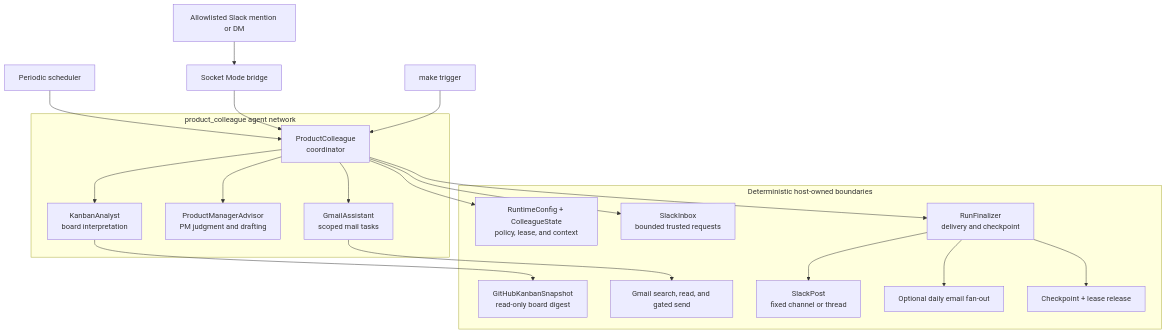
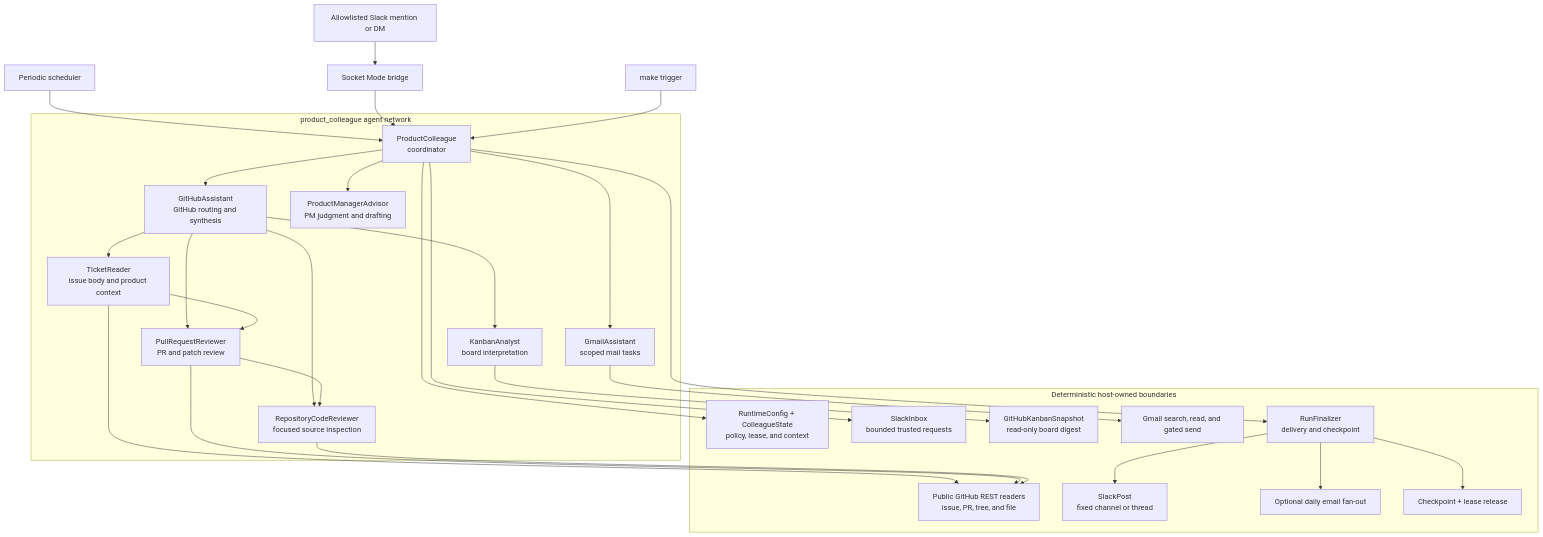
The diagram in README.md (babakatwork/neuro-san-pm), drawn with Mermaid before and after one commit. The commit also changed other lines of this file and 14 other files, not shown here.

Commit message:
Add scoped GitHub research agents

````diff
--- a/README.md
+++ b/README.md
@@ -40,37 +42,51 @@
 ```mermaid
 flowchart TB
     Cron["Periodic scheduler"] --> Colleague
     Slack["Allowlisted Slack mention or DM"] --> Bridge["Socket Mode bridge"] --> Colleague
     Manual["make trigger"] --> Colleague
 
     subgraph Network["product_colleague agent network"]
         Colleague["ProductColleague<br/>coordinator"]
+        GitHub["GitHubAssistant<br/>GitHub routing and synthesis"]
         Analyst["KanbanAnalyst<br/>board interpretation"]
+        Ticket["TicketReader<br/>issue body and product context"]
+        PR["PullRequestReviewer<br/>PR and patch review"]
+        Code["RepositoryCodeReviewer<br/>focused source inspection"]
         Advisor["ProductManagerAdvisor<br/>PM judgment and drafting"]
         GmailAgent["GmailAssistant<br/>scoped mail tasks"]
 
-        Colleague --> Analyst
+        Colleague --> GitHub
+        GitHub --> Analyst
+        GitHub --> Ticket
+        GitHub --> PR
+        GitHub --> Code
+        Ticket --> PR
+        PR --> Code
         Colleague --> Advisor
         Colleague --> GmailAgent
     end
 
     subgraph Boundaries["Deterministic host-owned boundaries"]
         Runtime["RuntimeConfig + ColleagueState<br/>policy, lease, and context"]
         Inbox["SlackInbox<br/>bounded trusted requests"]
         Snapshot["GitHubKanbanSnapshot<br/>read-only board digest"]
+        GitHubRead["Public GitHub REST readers<br/>issue, PR, tree, and file"]
         GmailTools["Gmail search, read, and gated send"]
         Finalizer["RunFinalizer<br/>delivery and checkpoint"]
         SlackPost["SlackPost<br/>fixed channel or thread"]
         DailyMail["Optional daily email fan-out"]
         State["Checkpoint + lease release"]
     end
 
     Colleague --> Runtime
     Colleague --> Inbox
     Analyst --> Snapshot
+    Ticket --> GitHubRead
+    PR --> GitHubRead
+    Code --> GitHubRead
     GmailAgent --> GmailTools
     Colleague --> Finalizer
     Finalizer --> SlackPost
     Finalizer --> DailyMail
     Finalizer --> State
 ```
````
